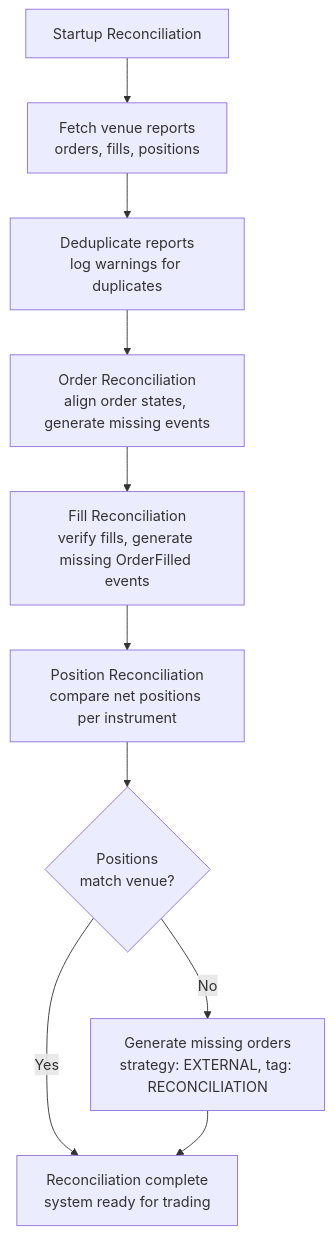
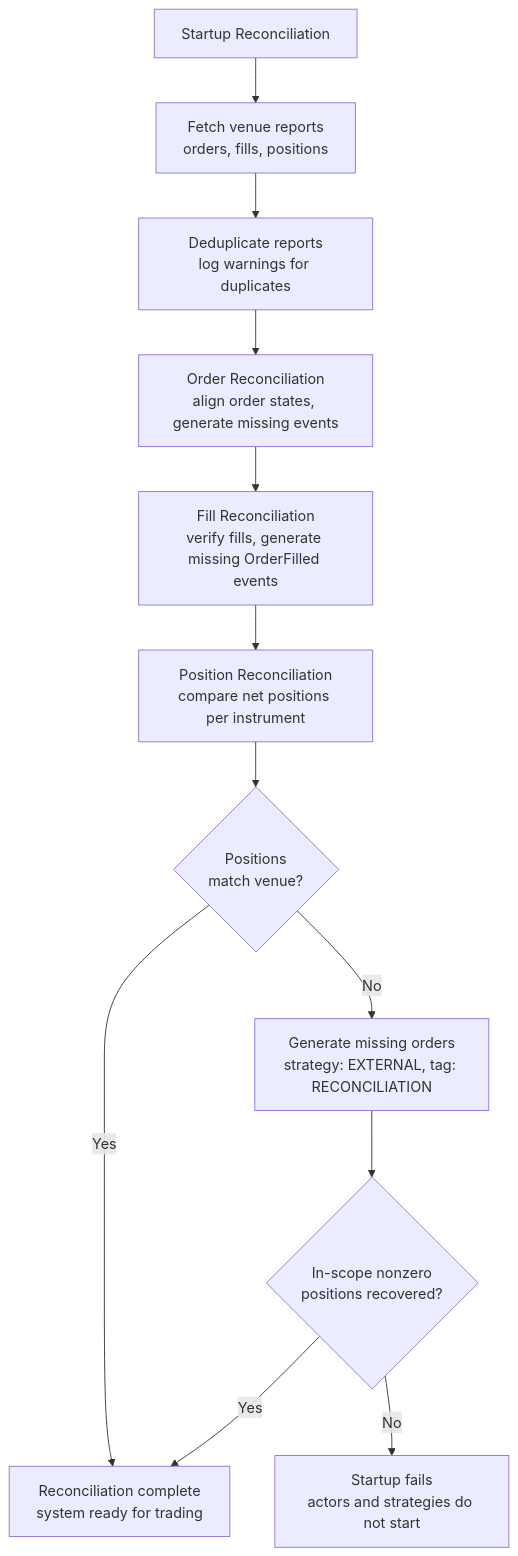
The second of 2 diagrams in docs/concepts/execution/reconciliation.md (nautechsystems/nautilus_trader), drawn with Mermaid before and after one commit. The commit also changed other lines of this file and 6 other files, not shown here.

First line of the commit message:
Fix live node startup with unrecovered positions

````diff
--- a/docs/concepts/execution/reconciliation.md
+++ b/docs/concepts/execution/reconciliation.md
@@ -362,12 +362,14 @@
 ```mermaid
 flowchart TD
     Start[Startup Reconciliation] --> Fetch[Fetch venue reports<br/>orders, fills, positions]
     Fetch --> Dedup[Deduplicate reports<br/>log warnings for duplicates]
     Dedup --> Orders[Order Reconciliation<br/>align order states, generate missing events]
     Orders --> Fills[Fill Reconciliation<br/>verify fills, generate missing OrderFilled events]
     Fills --> Pos[Position Reconciliation<br/>compare net positions per instrument]
     Pos --> Match{Positions<br/>match venue?}
     Match -->|Yes| Done[Reconciliation complete<br/>system ready for trading]
     Match -->|No| Gen[Generate missing orders<br/>strategy: EXTERNAL, tag: RECONCILIATION]
-    Gen --> Done
+    Gen --> Recovered{In-scope nonzero<br/>positions recovered?}
+    Recovered -->|Yes| Done
+    Recovered -->|No| Abort[Startup fails<br/>actors and strategies do not start]
 ```
````
